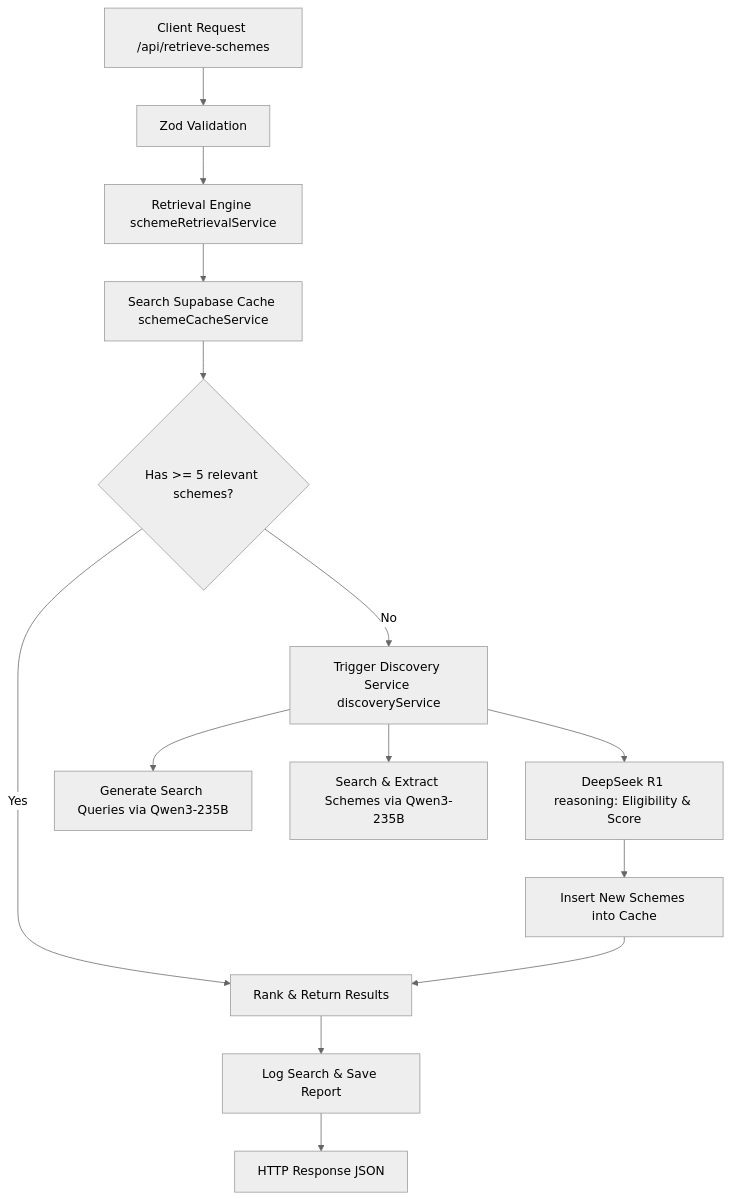
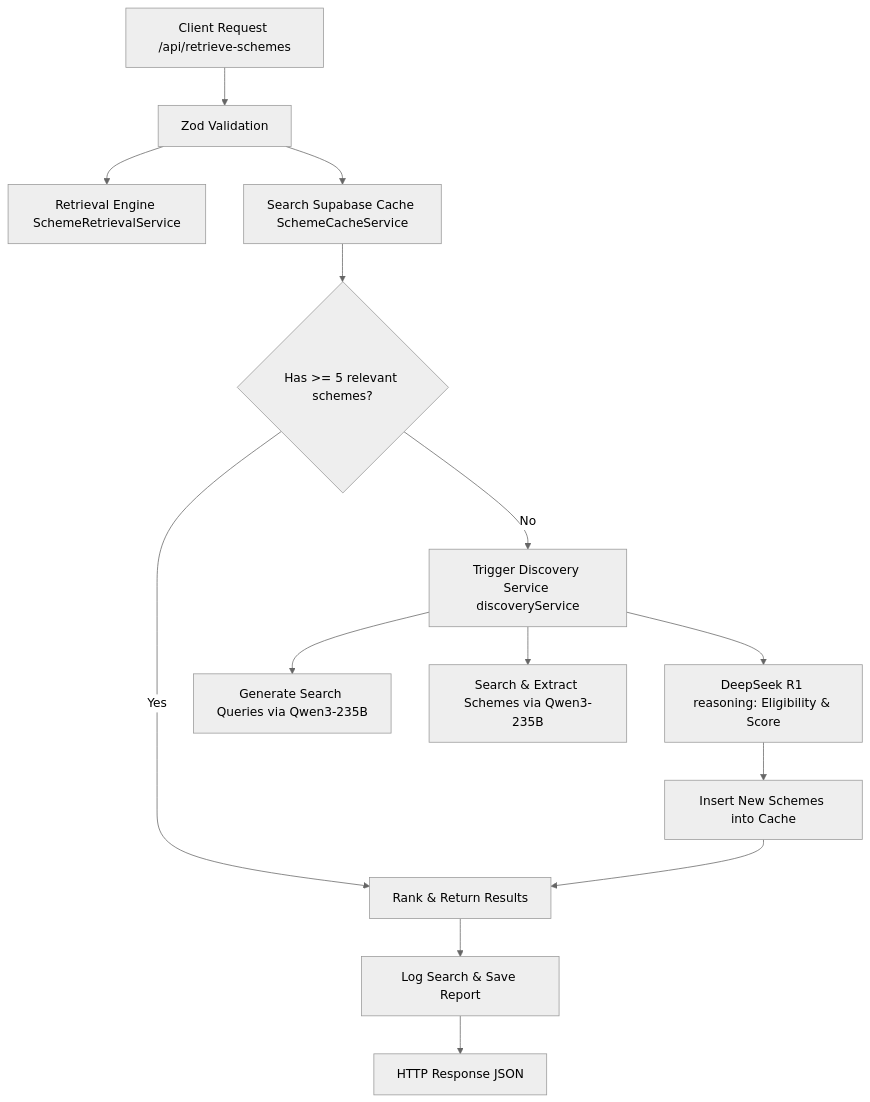
Before and after one commit to Darshiljpatel/TOKEN_FACTORY: the diagram in data/scheme_sathi_integration_guide.md, drawn with Mermaid (neutral theme). The commit also changed other lines of this file and 23 other files, not shown here.

````diff
--- a/data/scheme_sathi_integration_guide.md
+++ b/data/scheme_sathi_integration_guide.md
@@ -11,16 +11,16 @@
 ```mermaid
 graph TD
     A[Client Request /api/retrieve-schemes] --> B[Zod Validation]
-    B --> C[Retrieval Engine schemeRetrievalService]
-    C --> D[Search Supabase Cache schemeCacheService]
+    B --> C[Retrieval Engine SchemeRetrievalService]
+    B --> D[Search Supabase Cache SchemeCacheService]
     D --> E{Has >= 5 relevant schemes?}
     E -- Yes --> F[Rank & Return Results]
     E -- No --> G[Trigger Discovery Service discoveryService]
     G --> H[Generate Search Queries via Qwen3-235B]
     G --> I[Search & Extract Schemes via Qwen3-235B]
     G --> J[DeepSeek R1 reasoning: Eligibility & Score]
     J --> K[Insert New Schemes into Cache]
     K --> F
     F --> L[Log Search & Save Report]
     L --> M[HTTP Response JSON]
 ```
````
